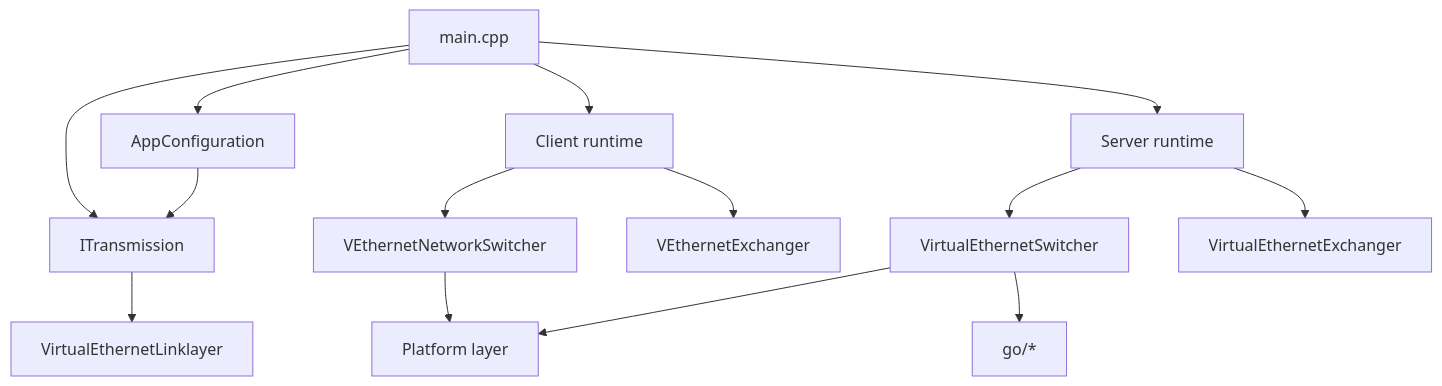
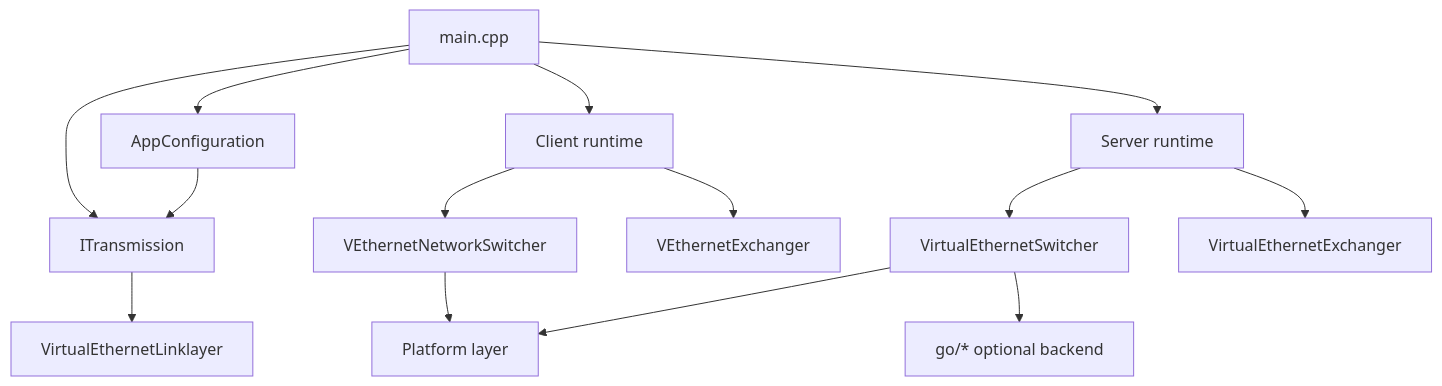
Before and after one commit to HyacinthHaru/openppp2: the first of 4 diagrams in docs/ARCHITECTURE.md, drawn with Mermaid. The commit also changed other lines of this file and 38 other files, not shown here.

````diff
--- a/docs/ARCHITECTURE.md
+++ b/docs/ARCHITECTURE.md
@@ -25,16 +17,16 @@
 ```mermaid
 graph TD
     A[main.cpp] --> B[AppConfiguration]
     A --> C[ITransmission]
     A --> D[Client runtime]
     A --> E[Server runtime]
     B --> C
     C --> F[VirtualEthernetLinklayer]
     D --> G[VEthernetNetworkSwitcher]
     D --> H[VEthernetExchanger]
     E --> I[VirtualEthernetSwitcher]
     E --> J[VirtualEthernetExchanger]
     G --> K[Platform layer]
     I --> K
-    I --> L[go/*]
+    I --> L[go/* optional backend]
 ```
````
